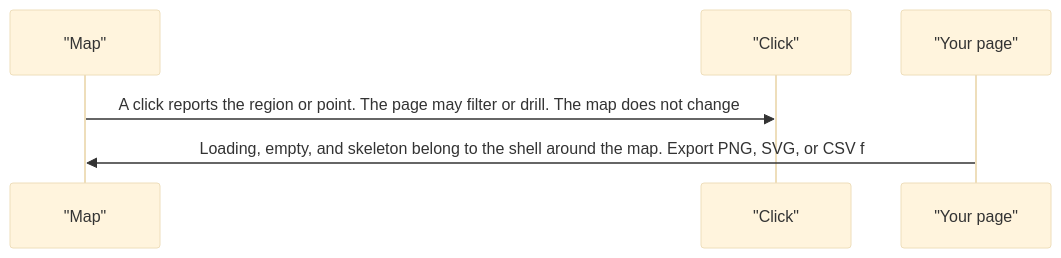
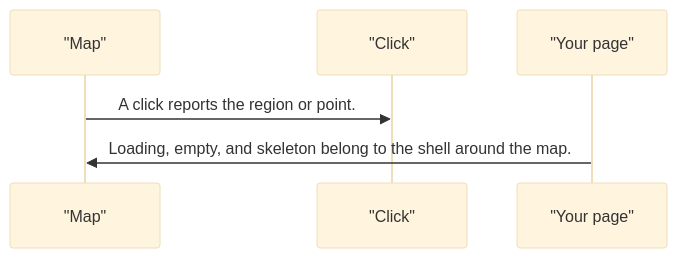
The fifth of 5 diagrams in projects/pixel-ui/src/lib/pixel-chart-map/DESIGN.md (RajshekharBorate/pixel-ui), drawn with Mermaid (base theme) before and after one commit. The commit also changed other lines of this file and 80 other files, not shown here.

Commit message:
Fill missing design flows and correct the stories that did not match component behavior.

````diff
--- a/projects/pixel-ui/src/lib/pixel-chart-map/DESIGN.md
+++ b/projects/pixel-ui/src/lib/pixel-chart-map/DESIGN.md
@@ -105,8 +105,8 @@
 ```mermaid
 sequenceDiagram
   participant plot as "Map"
   participant click as "Click"
   participant page as "Your page"
-  plot->>click: A click reports the region or point. The page may filter or drill. The map does not change
-  page->>plot: Loading, empty, and skeleton belong to the shell around the map. Export PNG, SVG, or CSV f
+  plot->>click: A click reports the region or point.
+  page->>plot: Loading, empty, and skeleton belong to the shell around the map.
 ```
````
